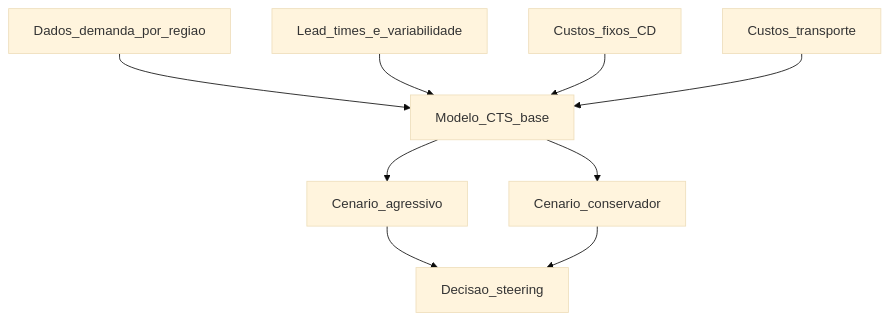
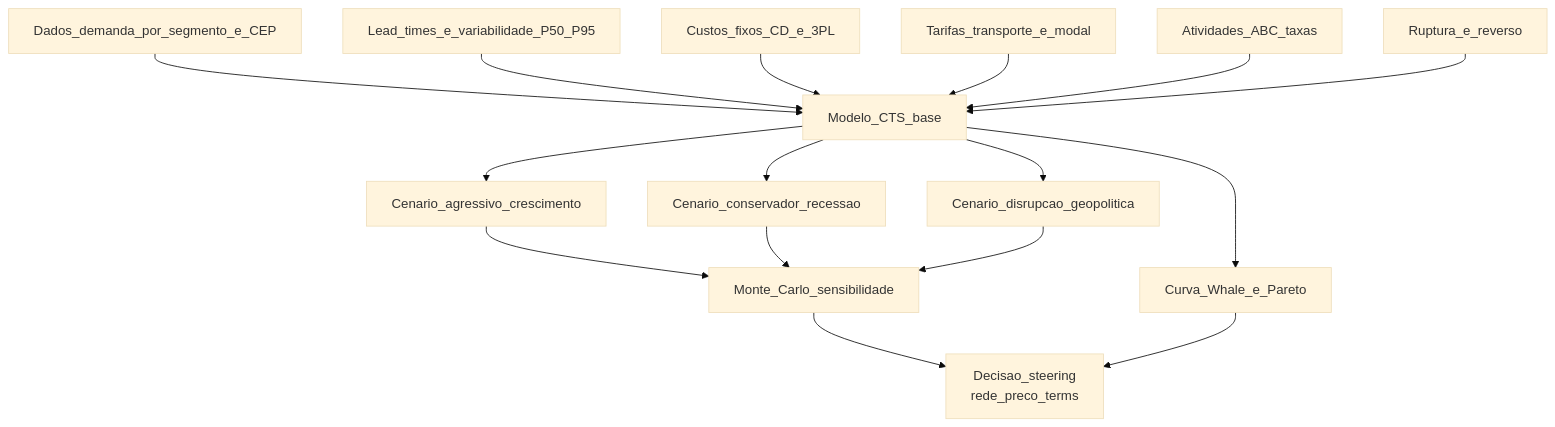
Before and after one commit to cleberhensel/logisticon-academy: the second of 3 diagrams in aulas/trilha-logistica-estrategica/modulo-01-network-design/aula-02-cost-to-serve-e-cenarios.md, drawn with Mermaid (base theme). The commit also changed other lines of this file and 122 other files, not shown here.

````diff
--- a/aulas/trilha-logistica-estrategica/modulo-01-network-design/aula-02-cost-to-serve-e-cenarios.md
+++ b/aulas/trilha-logistica-estrategica/modulo-01-network-design/aula-02-cost-to-serve-e-cenarios.md
@@ -48,19 +97,31 @@
 ```mermaid
 flowchart TD
-  D[Dados_demanda_por_regiao]
-  L[Lead_times_e_variabilidade]
-  C[Custos_fixos_CD]
-  T[Custos_transporte]
-  M[Modelo_CTS_base]
-  S1[Cenario_agressivo]
-  S2[Cenario_conservador]
-  R[Decisao_steering]
-  D --> M
-  L --> M
-  C --> M
-  T --> M
-  M --> S1
-  M --> S2
-  S1 --> R
-  S2 --> R
+  D[Dados_demanda_por_segmento_e_CEP]
+  L[Lead_times_e_variabilidade_P50_P95]
+  C[Custos_fixos_CD_e_3PL]
+  T[Tarifas_transporte_e_modal]
+  A[Atividades_ABC_taxas]
+  R[Ruptura_e_reverso]
+  CTS[Modelo_CTS_base]
+  W[Curva_Whale_e_Pareto]
+  S1[Cenario_agressivo_crescimento]
+  S2[Cenario_conservador_recessao]
+  S3[Cenario_disrupcao_geopolitica]
+  M[Monte_Carlo_sensibilidade]
+  R0[Decisao_steering<br/>rede_preco_terms]
+  D --> CTS
+  L --> CTS
+  C --> CTS
+  T --> CTS
+  A --> CTS
+  R --> CTS
+  CTS --> W
+  CTS --> S1
+  CTS --> S2
+  CTS --> S3
+  S1 --> M
+  S2 --> M
+  S3 --> M
+  M --> R0
+  W --> R0
 ```
````
